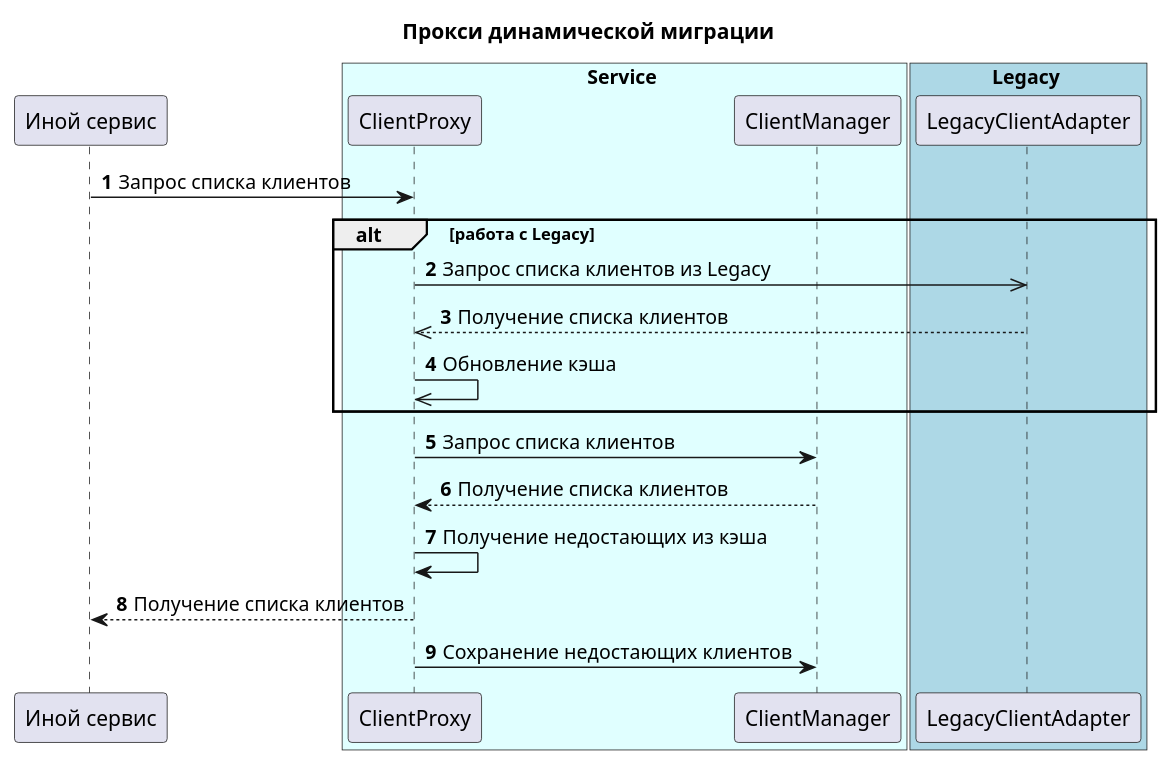
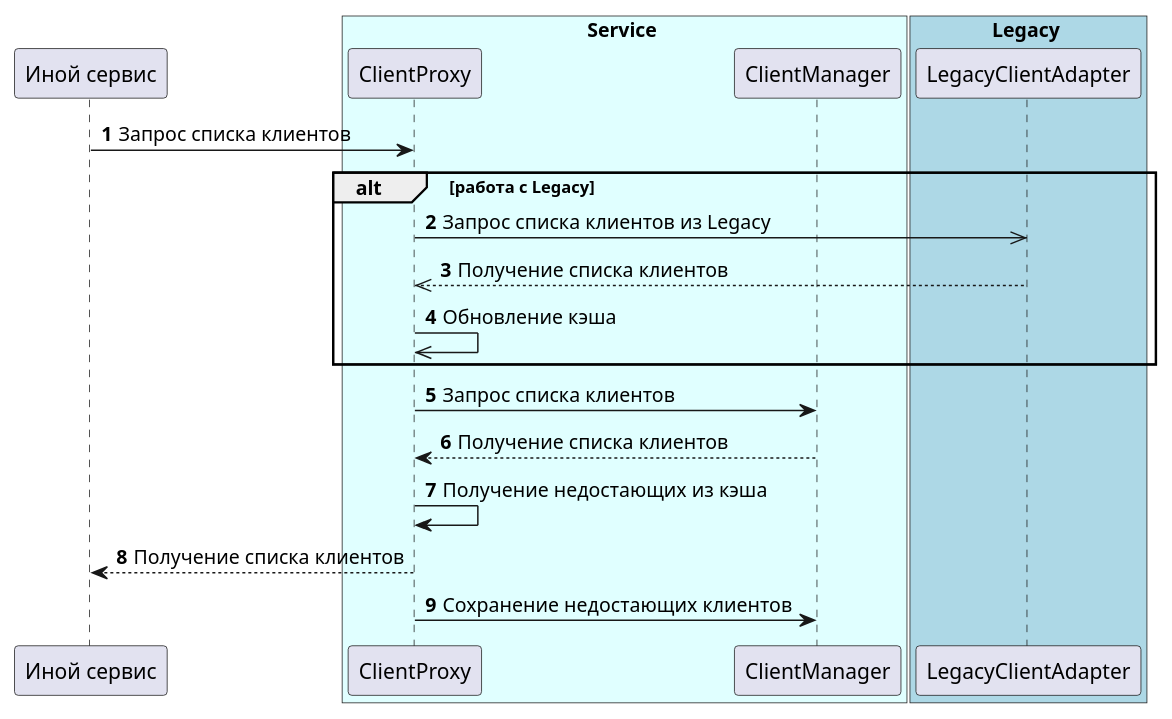
Before and after one commit to theotheo46/gb: the diagram in client_proxy.puml, drawn with PlantUML. The commit also changed 1 other file, not shown here.

```diff
--- a/client_proxy.puml
+++ b/client_proxy.puml
@@ -1,30 +1,30 @@
 @startuml
 'https://plantuml.com/sequence-diagram
 
 autonumber
-title Прокси динамической миграции
+'title Прокси динамической миграции
 
 participant "Иной сервис" as ExternalService
 
 box Service #LightCyan
 	participant ClientProxy
 	participant ClientManager
 end box
 box Legacy #LightBlue
 	participant LegacyClientAdapter
 end box
 
 ExternalService -> ClientProxy: Запрос списка клиентов
 alt работа с Legacy
 ClientProxy ->> LegacyClientAdapter: Запрос списка клиентов из Legacy
 LegacyClientAdapter -->> ClientProxy: Получение списка клиентов
 ClientProxy ->> ClientProxy: Обновление кэша
 end
 ClientProxy -> ClientManager: Запрос списка клиентов
 ClientManager --> ClientProxy: Получение списка клиентов
 ClientProxy -> ClientProxy: Получение недостающих из кэша
 ExternalService <-- ClientProxy: Получение списка клиентов
 ClientProxy -> ClientManager: Сохранение недостающих клиентов
 
 
 @enduml
```
